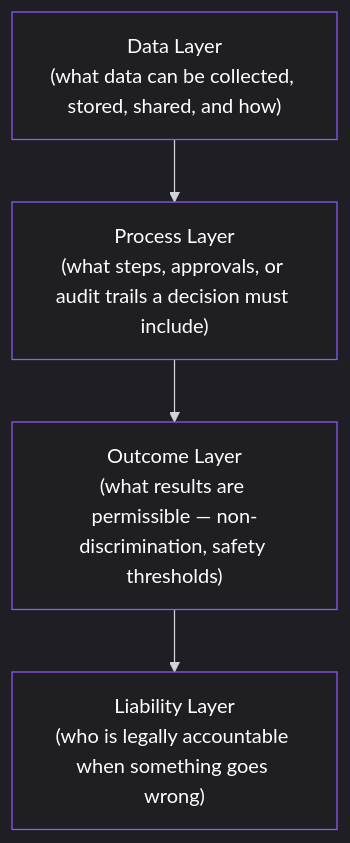
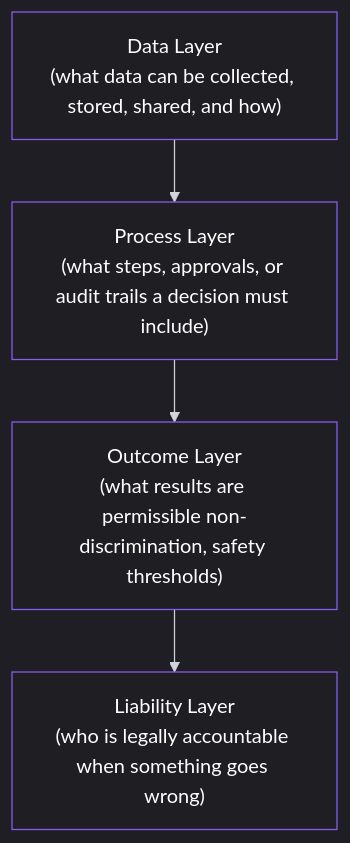
The diagram in content/lessons/lesson-081.md (pmacademy-app/web), drawn with Mermaid before and after one commit. The commit also changed other lines of this file and 90 other files, not shown here.

````diff
--- a/content/lessons/lesson-081.md
+++ b/content/lessons/lesson-081.md
@@ -55,36 +55,36 @@
 ```mermaid
 %%{init: {
   "theme": "dark",
   "themeVariables": {
     "background": "#0b0b0c",
     "primaryColor": "#1f1f23",
     "primaryTextColor": "#ffffff",
     "primaryBorderColor": "#8b5cf6",
     "lineColor": "#d1d5db",
     "secondaryColor": "#18181b",
     "tertiaryColor": "#111111",
     "mainBkg": "#1f1f23",
     "nodeBorder": "#8b5cf6",
     "clusterBkg": "#000000",
     "clusterBorder": "#27272a",
     "titleColor": "#ffffff",
     "edgeLabelBackground": "#0b0b0c",
     "nodeTextColor": "#ffffff",
     "edgeLabelColor": "#ffffff",
     "actorBorder": "#8b5cf6",
     "actorBkg": "#1f1f23",
     "actorTextColor": "#ffffff",
     "sequenceNumberColor": "#ffffff",
     "signalColor": "#8b5cf6",
     "signalTextColor": "#ffffff",
     "textColor": "#ffffff",
     "classText": "#ffffff",
     "classBorder": "#8b5cf6",
     "classBkg": "#1f1f23"
   }
 }}%%
 graph TD
     A["Data Layer<br/>(what data can be collected, stored, shared, and how)"] --> B["Process Layer<br/>(what steps, approvals, or audit trails a decision must include)"]
-    B --> C["Outcome Layer<br/>(what results are permissible — non-discrimination, safety thresholds)"]
+    B --> C["Outcome Layer<br/>(what results are permissible non-discrimination, safety thresholds)"]
     C --> D["Liability Layer<br/>(who is legally accountable when something goes wrong)"]
 ```
````
